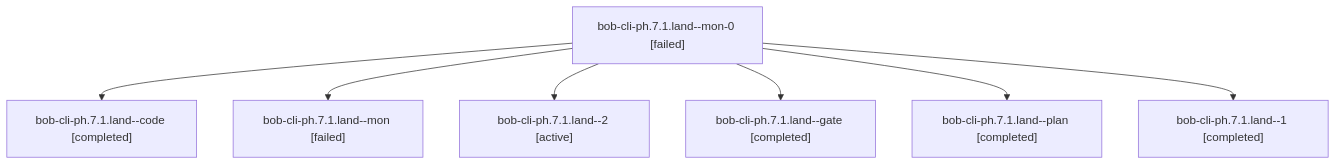
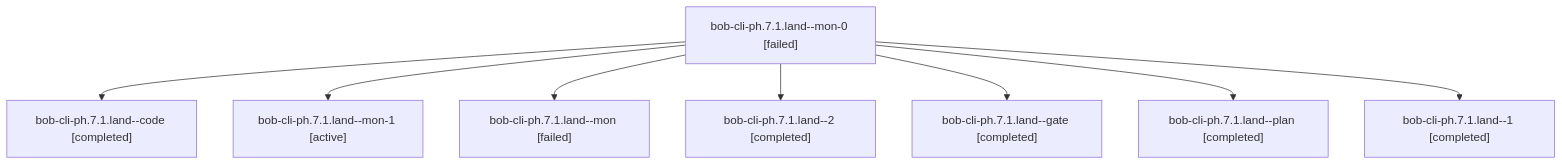
The diagram in sessions/bbugyi200.apollo.bob-cli-ph.7.1.land.md (bobs-org/bob-cli--agents), drawn with Mermaid before and after one commit. The commit also changed other lines of this file and 98 other files, not shown here.

````diff
--- a/sessions/bbugyi200.apollo.bob-cli-ph.7.1.land.md
+++ b/sessions/bbugyi200.apollo.bob-cli-ph.7.1.land.md
@@ -9,16 +9,18 @@
 ```mermaid
 flowchart TD
   n0["bob-cli-ph.7.1.land--mon-0 [failed]"]
   n1["bob-cli-ph.7.1.land--code [completed]"]
   n0 --> n1
-  n2["bob-cli-ph.7.1.land--mon [failed]"]
+  n2["bob-cli-ph.7.1.land--mon-1 [active]"]
   n0 --> n2
-  n3["bob-cli-ph.7.1.land--2 [active]"]
+  n3["bob-cli-ph.7.1.land--mon [failed]"]
   n0 --> n3
-  n4["bob-cli-ph.7.1.land--gate [completed]"]
+  n4["bob-cli-ph.7.1.land--2 [completed]"]
   n0 --> n4
-  n5["bob-cli-ph.7.1.land--plan [completed]"]
+  n5["bob-cli-ph.7.1.land--gate [completed]"]
   n0 --> n5
-  n6["bob-cli-ph.7.1.land--1 [completed]"]
+  n6["bob-cli-ph.7.1.land--plan [completed]"]
   n0 --> n6
+  n7["bob-cli-ph.7.1.land--1 [completed]"]
+  n0 --> n7
 ```
````
